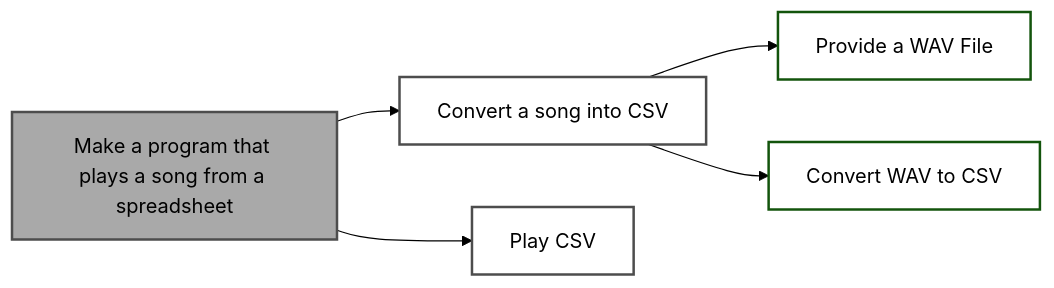
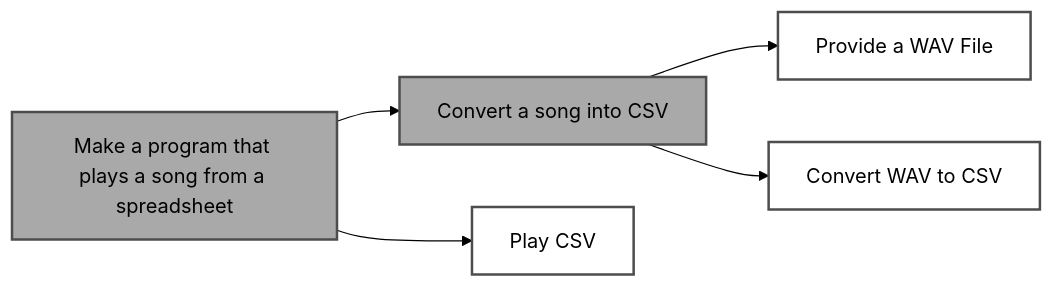
The tenth of 13 diagrams in README.md (NguyenAndrew/edd), drawn with Mermaid (forest theme) before and after one commit. The commit also changed other lines of this file, not shown here.

Commit message:
Fix incorrect styles on Example 2

````diff
--- a/README.md
+++ b/README.md
@@ -135,17 +135,17 @@
 ```mermaid
 graph LR
     style A fill:#A9A9A9,stroke:#4d4d4d,stroke-width:2px,rounded:10px
-    style B fill:#fff,stroke:#4d4d4d,stroke-width:2px,rounded:10px
+    style B fill:#A9A9A9,stroke:#4d4d4d,stroke-width:2px,rounded:10px
     style C fill:#fff,stroke:#4d4d4d,stroke-width:2px,rounded:10px
-    style D fill:#fff,stroke:#4d4d4,stroke-width:2px,rounded:10px
-    style E fill:#fff,stroke:#4d4d4,stroke-width:2px,rounded:10px
+    style D fill:#fff,stroke:#4d4d4d,stroke-width:2px,rounded:10px
+    style E fill:#fff,stroke:#4d4d4d,stroke-width:2px,rounded:10px
     A[Make a program that plays a song from a spreadsheet]
     B[Convert a song into CSV]
     C[Play CSV]
     D[Provide a WAV File]
     E[Convert WAV to CSV]
     A --> B
     A --> C
     B --> D
     B --> E
 ```
````
